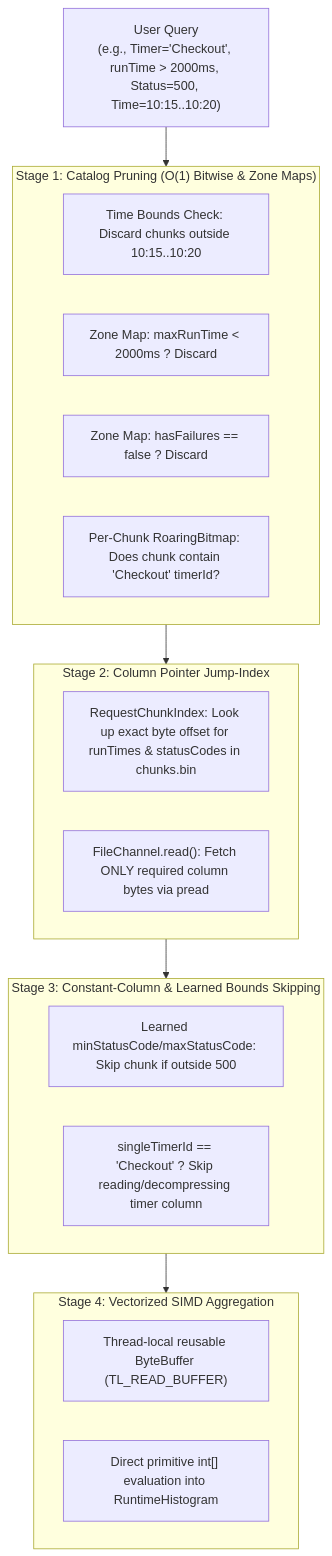
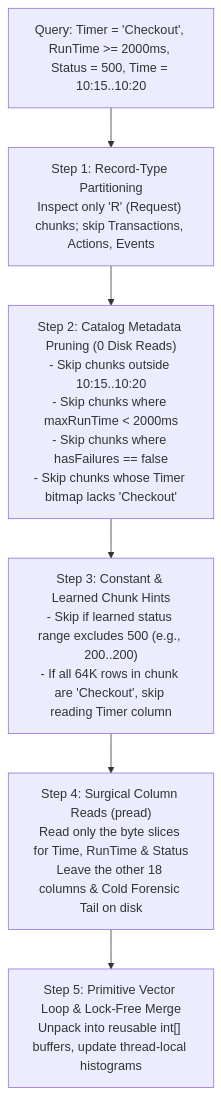
Before and after one commit to Xceptance/XLT: the fourth of 4 diagrams in docs/TELEMETRY_STORE_ARCHITECTURE_GUIDE.md, drawn with Mermaid. The commit also changed other lines of this file and 15 other files, not shown here.

````diff
--- a/docs/TELEMETRY_STORE_ARCHITECTURE_GUIDE.md
+++ b/docs/TELEMETRY_STORE_ARCHITECTURE_GUIDE.md
@@ -211,28 +272,11 @@
 ```mermaid
 flowchart TD
-    Q["User Query\n(e.g., Timer='Checkout', runTime > 2000ms, Status=500, Time=10:15..10:20)"]
-    
-    subgraph S1["Stage 1: Catalog Pruning (O(1) Bitwise & Zone Maps)"]
-        P1["Time Bounds Check: Discard chunks outside 10:15..10:20"]
-        P2["Zone Map: maxRunTime < 2000ms ? Discard"]
-        P3["Zone Map: hasFailures == false ? Discard"]
-        P4["Per-Chunk RoaringBitmap: Does chunk contain 'Checkout' timerId?"]
-    end
-    
-    subgraph S2["Stage 2: Column Pointer Jump-Index"]
-        J1["RequestChunkIndex: Look up exact byte offset for runTimes & statusCodes in chunks.bin"]
-        J2["FileChannel.read(): Fetch ONLY required column bytes via pread"]
-    end
-    
-    subgraph S3["Stage 3: Constant-Column & Learned Bounds Skipping"]
-        K1["Learned minStatusCode/maxStatusCode: Skip chunk if outside 500"]
-        K2["singleTimerId == 'Checkout' ? Skip reading/decompressing timer column"]
-    end
-    
-    subgraph S4["Stage 4: Vectorized SIMD Aggregation"]
-        A1["Thread-local reusable ByteBuffer (TL_READ_BUFFER)"]
-        A2["Direct primitive int[] evaluation into RuntimeHistogram"]
-    end
-    
-    Q --> S1 --> S2 --> S3 --> S4
+    Q["Query: Timer = 'Checkout', RunTime >= 2000ms, Status = 500, Time = 10:15..10:20"]
+    L1["Step 1: Record-Type Partitioning\nInspect only 'R' (Request) chunks; skip Transactions, Actions, Events"]
+    L2["Step 2: Catalog Metadata Pruning (0 Disk Reads)\n- Skip chunks outside 10:15..10:20\n- Skip chunks where maxRunTime < 2000ms\n- Skip chunks where hasFailures == false\n- Skip chunks whose Timer bitmap lacks 'Checkout'"]
+    L3["Step 3: Constant & Learned Chunk Hints\n- Skip if learned status range excludes 500 (e.g., 200..200)\n- If all 64K rows in chunk are 'Checkout', skip reading Timer column"]
+    L4["Step 4: Surgical Column Reads (pread)\nRead only the byte slices for Time, RunTime & Status\nLeave the other 18 columns & Cold Forensic Tail on disk"]
+    L5["Step 5: Primitive Vector Loop & Lock-Free Merge\nUnpack into reusable int[] buffers, update thread-local histograms"]
+
+    Q --> L1 --> L2 --> L3 --> L4 --> L5
 ```
````
